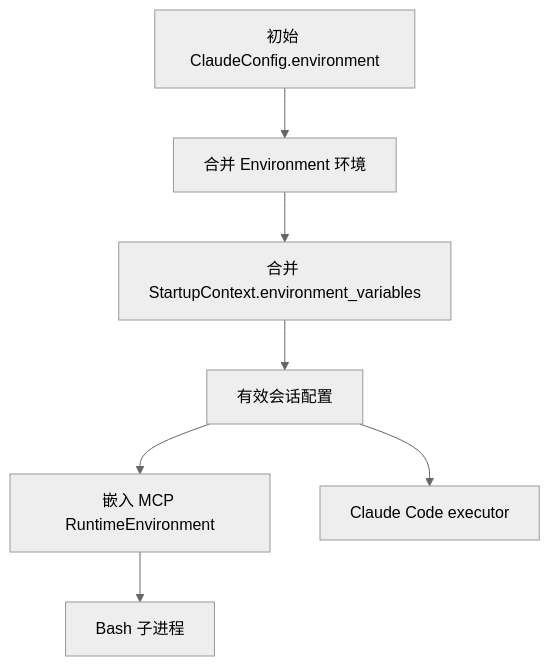
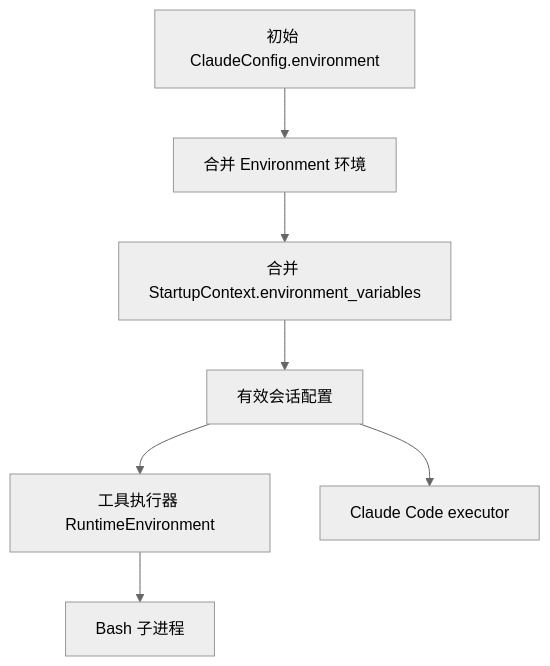
The diagram in docs/design/session-runtime-environment.md (superduck-ai/environment-manager-rs), drawn with Mermaid (neutral theme) before and after one commit. The commit also changed other lines of this file and 12 other files, not shown here.

````diff
--- a/docs/design/session-runtime-environment.md
+++ b/docs/design/session-runtime-environment.md
@@ -14,9 +14,9 @@
 ```mermaid
 flowchart TD
     C[初始 ClaudeConfig.environment] --> E[合并 Environment 环境]
     E --> S[合并 StartupContext.environment_variables]
     S --> F[有效会话配置]
-    F --> M[嵌入 MCP RuntimeEnvironment]
+    F --> M[工具执行器 RuntimeEnvironment]
     M --> B[Bash 子进程]
     F --> X[Claude Code executor]
 ```
````
